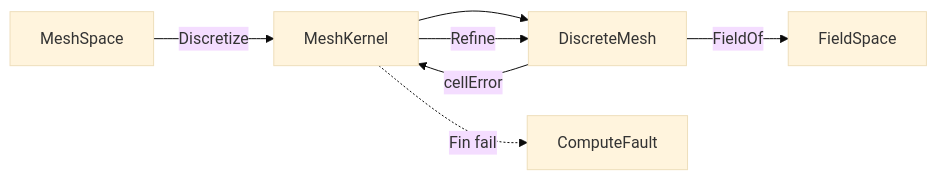
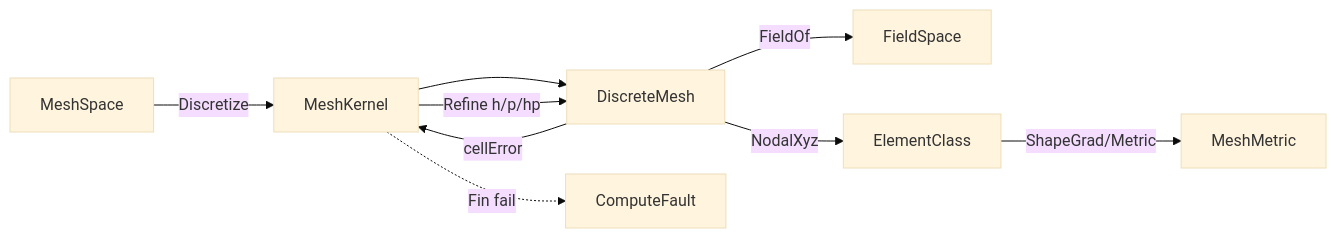
The diagram in libs/csharp/Rasm.Compute/.planning/solver-and-optimization.md (bsamiee/Rasm), drawn with Mermaid (base theme) before and after one commit. The commit also changed other lines of this file and 96 other files, not shown here.

````diff
--- a/libs/csharp/Rasm.Compute/.planning/solver-and-optimization.md
+++ b/libs/csharp/Rasm.Compute/.planning/solver-and-optimization.md
@@ -313,9 +488,11 @@
 ```mermaid
 flowchart LR
     MeshSpace -->|Discretize| MeshKernel
     MeshKernel --> DiscreteMesh
     DiscreteMesh -->|FieldOf| FieldSpace
+    DiscreteMesh -->|NodalXyz| ElementClass
+    ElementClass -->|ShapeGrad/Metric| MeshMetric
     DiscreteMesh -->|cellError| MeshKernel
-    MeshKernel -->|Refine| DiscreteMesh
+    MeshKernel -->|Refine h/p/hp| DiscreteMesh
     MeshKernel -.->|Fin fail| ComputeFault
 ```
````
